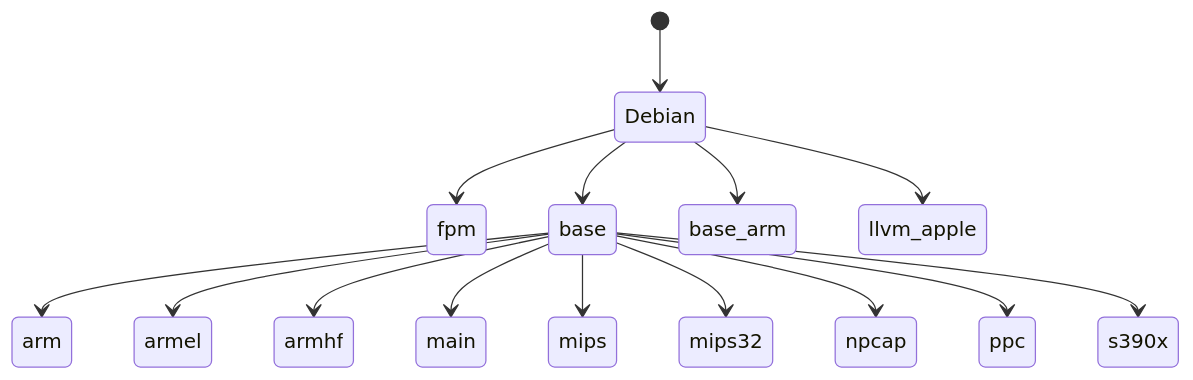
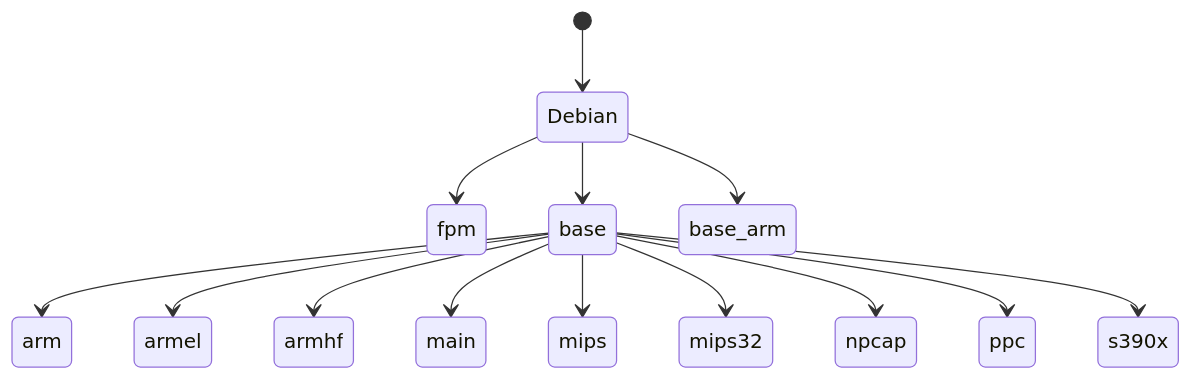
One commit to elastic/golang-crossbuild changed the diagram in README.md. Above: the diagram before and after it, drawn with Mermaid. The commit also changed other lines of this file, not shown here.

````diff
--- a/README.md
+++ b/README.md
@@ -188,17 +188,16 @@
 ```mermaid
 stateDiagram-v2
     [*] --> Debian
     Debian --> fpm
     Debian --> base
     Debian --> base_arm
-    Debian --> llvm_apple
     base --> arm
     base --> armel
     base --> armhf
     base --> main
     base --> mips
     base --> mips32
     base --> npcap
     base --> ppc
     base --> s390x
 ```
````
